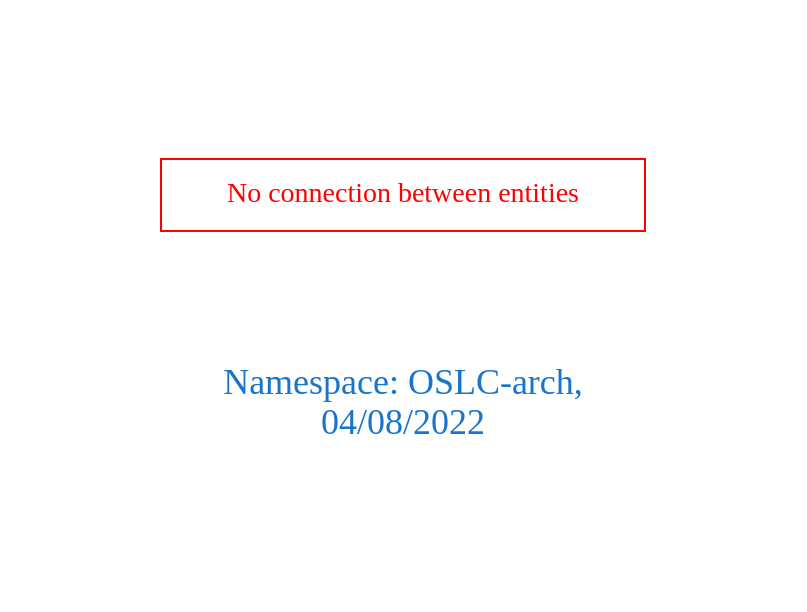
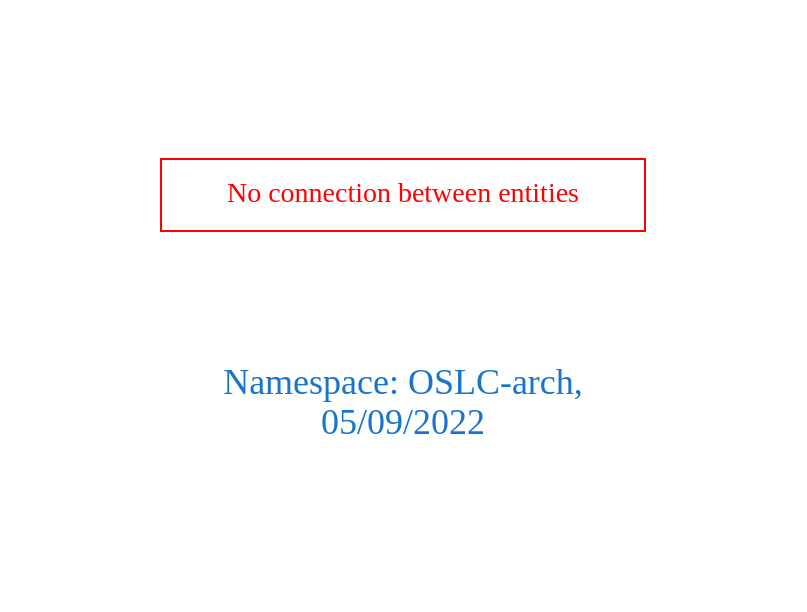
One commit to arago/OGIT changed the diagram in downloads/OSLC-arch.dot. Above: the diagram before and after it, drawn with Graphviz. The commit also changed 1913 other files, not shown here.

```diff
--- a/downloads/OSLC-arch.dot
+++ b/downloads/OSLC-arch.dot
@@ -1,9 +1,9 @@
 digraph OGIT_ontology {
  graph [ rankdir= LR,pad=1 
 fontsize = 18,
-fontcolor= dodgerblue3,label = "\n\n\nNamespace: OSLC-arch, \n 04/08/2022"];
+fontcolor= dodgerblue3,label = "\n\n\nNamespace: OSLC-arch, \n 05/09/2022"];
 node[shape=polygon];
 edge [  color="gray81"];
 
 "No connection between entities" [fontcolor = "red",color="red", shape="polygon"]
 }
```
